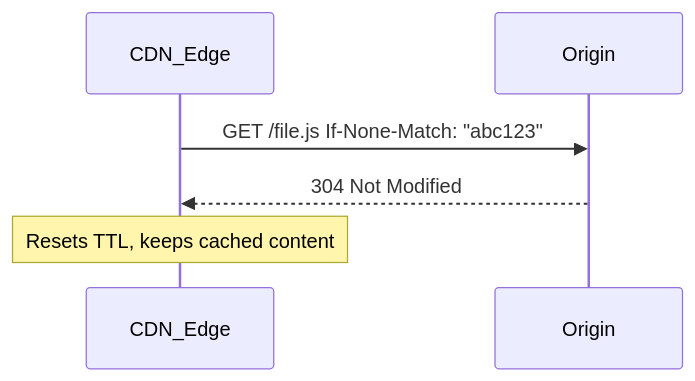
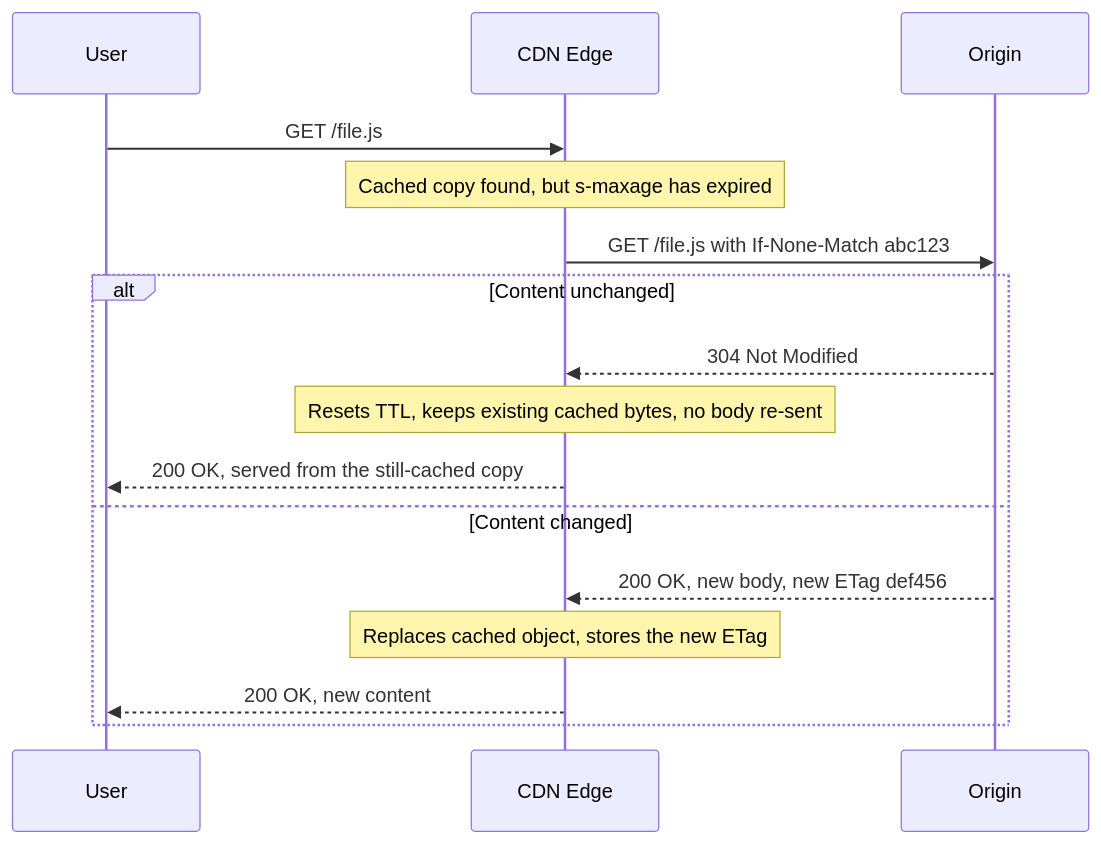
The fourth of 8 diagrams in networking/cdn.md (deepanshu-rawat6/DevOpsIndex), drawn with Mermaid before and after one commit. The commit also changed other lines of this file and 8 other files, not shown here.

````diff
--- a/networking/cdn.md
+++ b/networking/cdn.md
@@ -140,8 +254,19 @@
 ```mermaid
 sequenceDiagram
-    participant C as CDN_Edge
+    participant U as User
+    participant C as CDN Edge
     participant O as Origin
-    C->>O: GET /file.js If-None-Match: "abc123"
-    O-->>C: 304 Not Modified
-    Note over C: Resets TTL, keeps cached content
+
+    U->>C: GET /file.js
+    Note over C: Cached copy found, but s-maxage has expired
+    C->>O: GET /file.js with If-None-Match abc123
+    alt Content unchanged
+        O-->>C: 304 Not Modified
+        Note over C: Resets TTL, keeps existing cached bytes, no body re-sent
+        C-->>U: 200 OK, served from the still-cached copy
+    else Content changed
+        O-->>C: 200 OK, new body, new ETag def456
+        Note over C: Replaces cached object, stores the new ETag
+        C-->>U: 200 OK, new content
+    end
 ```
````
